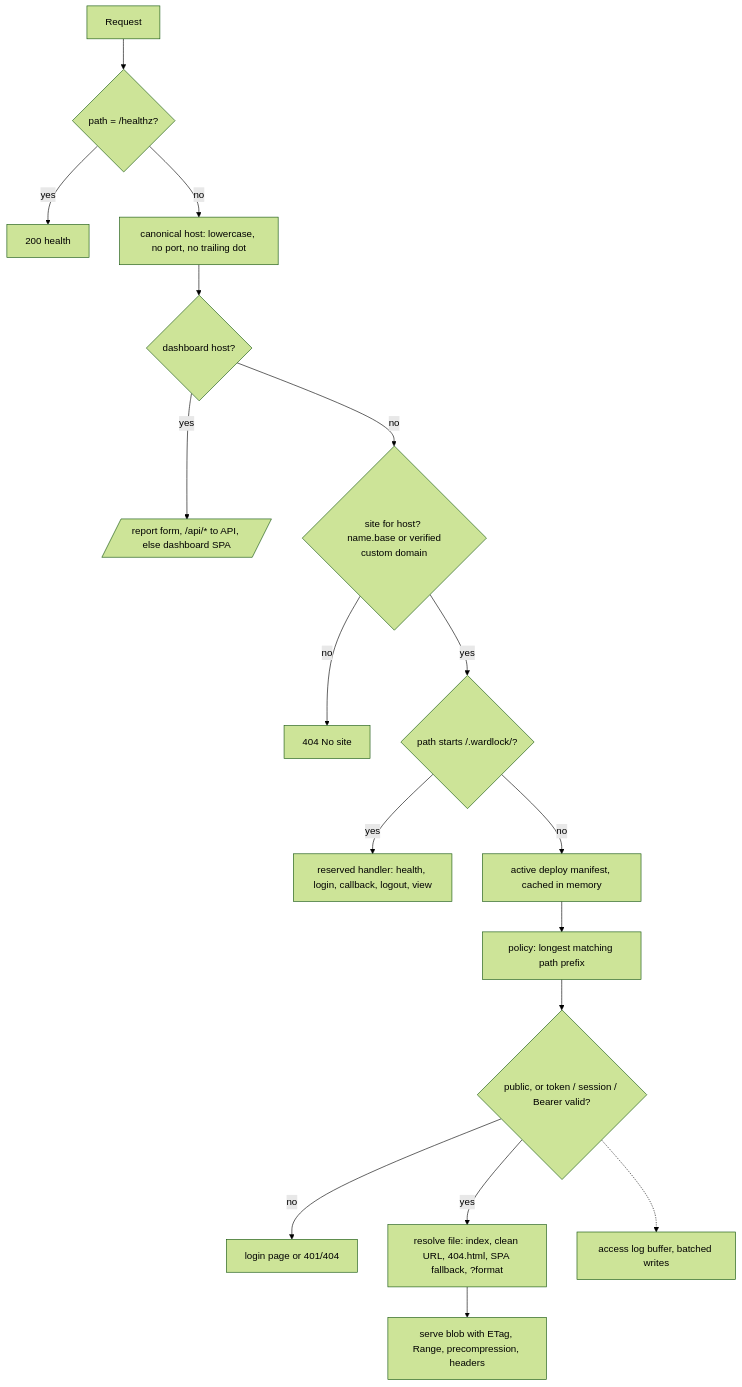
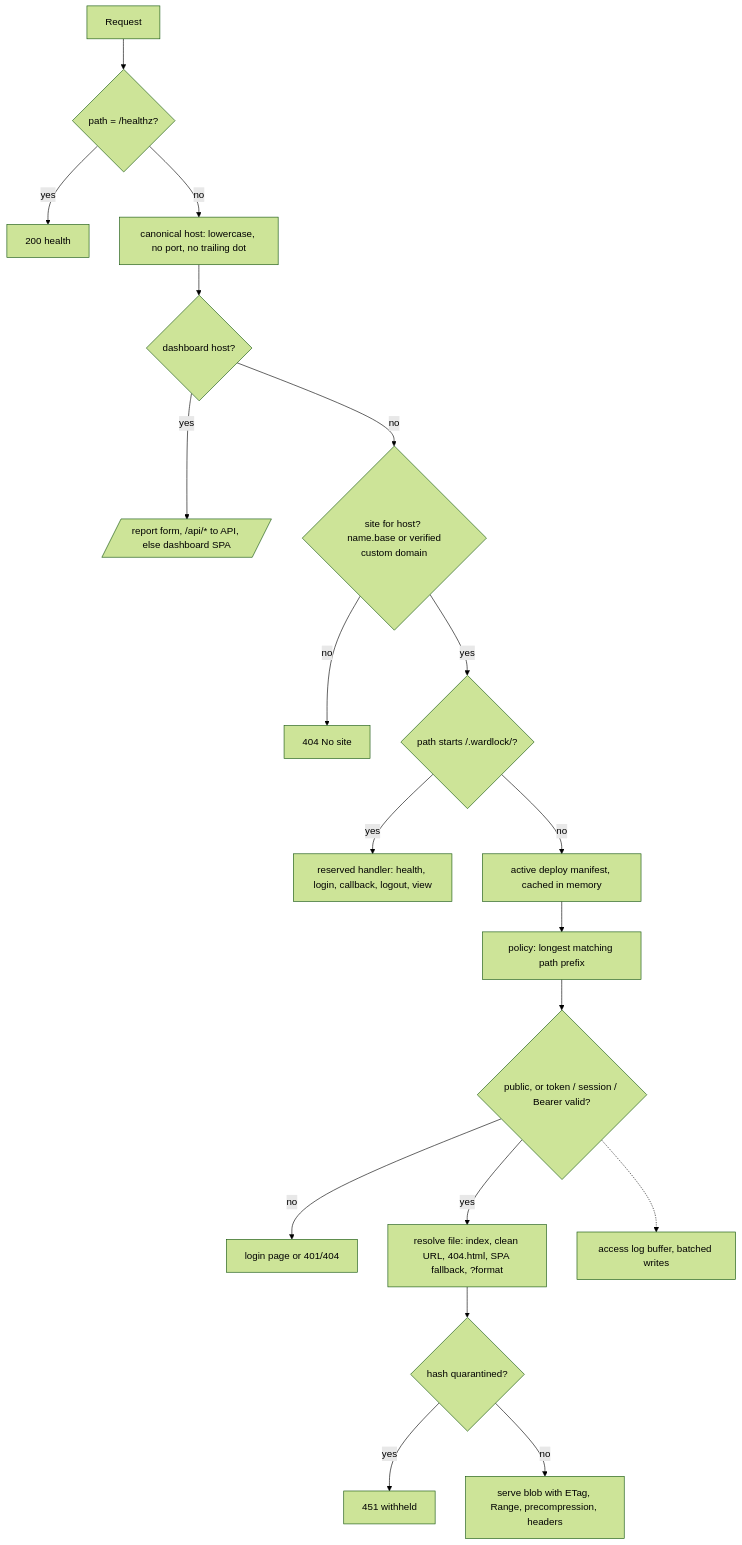
Before and after one commit to CubieCode/wardlock: the second of 7 diagrams in docs/ARCHITECTURE.md, drawn with Mermaid (forest theme). The commit also changed other lines of this file and 53 other files, not shown here.

````diff
--- a/docs/ARCHITECTURE.md
+++ b/docs/ARCHITECTURE.md
@@ -112,19 +113,21 @@
 ```mermaid
 flowchart TD
   R[Request] --> H{path = /healthz?}
   H -->|yes| OK[200 health]
   H -->|no| N[canonical host: lowercase, no port, no trailing dot]
   N --> DH{dashboard host?}
   DH -->|yes| DASH[/report form, /api/* to API, else dashboard SPA/]
   DH -->|no| S{site for host? <br/> name.base or verified custom domain}
   S -->|no| NF[404 No site]
   S -->|yes| RES{path starts /.wardlock/?}
   RES -->|yes| RP[reserved handler: health, login, callback, logout, view]
   RES -->|no| AD[active deploy manifest, cached in memory]
   AD --> P[policy: longest matching path prefix]
   P --> CHK{public, or token / session / Bearer valid?}
   CHK -->|no| LG[login page or 401/404]
   CHK -->|yes| F[resolve file: index, clean URL, 404.html, SPA fallback, ?format]
-  F --> OUT[serve blob with ETag, Range, precompression, headers]
+  F --> W{hash quarantined?}
+  W -->|yes| WH[451 withheld]
+  W -->|no| OUT[serve blob with ETag, Range, precompression, headers]
   CHK -.-> LOG[access log buffer, batched writes]
 ```
````
